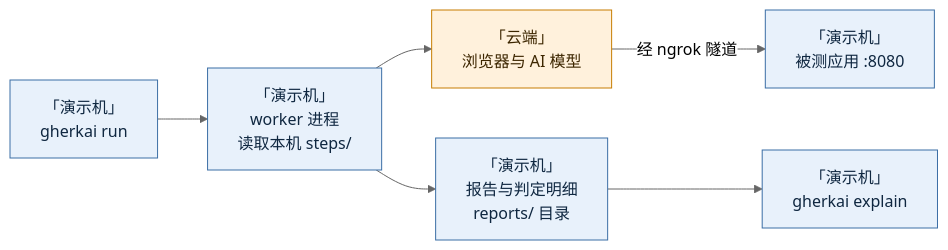
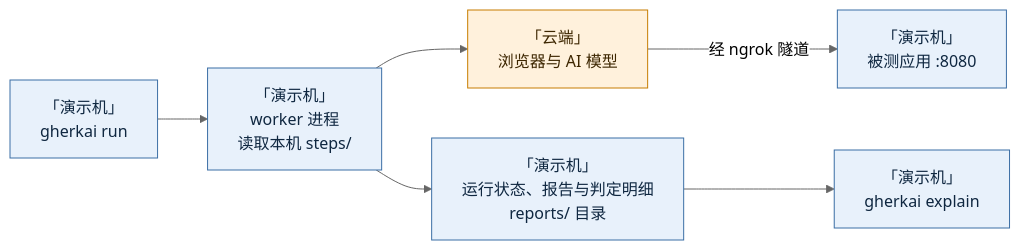
The second of 3 diagrams in docs/demo-runbook.md (zhiyanliu/gherkai-webapp-demo), drawn with Mermaid (neutral theme) before and after one commit. The commit also changed other lines of this file, not shown here.

Commit message:
runbook 环境图：结果节点改为「运行状态、报告与判定明细」，云端标 DynamoDB 表与 S3 桶，与 status 读状态、explain 读明细的实现一致

````diff
--- a/docs/demo-runbook.md
+++ b/docs/demo-runbook.md
@@ -68,9 +68,9 @@
 ```mermaid
 flowchart LR
     CLI["「演示机」<br/>gherkai run"] --> WK["「演示机」<br/>worker 进程<br/>读取本机 steps/"] --> BR["「云端」<br/>浏览器与 AI 模型"] -- "经 ngrok 隧道" --> APP["「演示机」<br/>被测应用 :8080"]
-    WK --> REP["「演示机」<br/>报告与判定明细<br/>reports/ 目录"] --> RD["「演示机」<br/>gherkai explain"]
+    WK --> REP["「演示机」<br/>运行状态、报告与判定明细<br/>reports/ 目录"] --> RD["「演示机」<br/>gherkai explain"]
     classDef local fill:#e8f1fb,stroke:#3b6ea5,color:#0f2740
     classDef cloud fill:#fff1dc,stroke:#c77d00,color:#3d2600
     class CLI,WK,APP,REP,RD local
     class BR cloud
 ```
````
